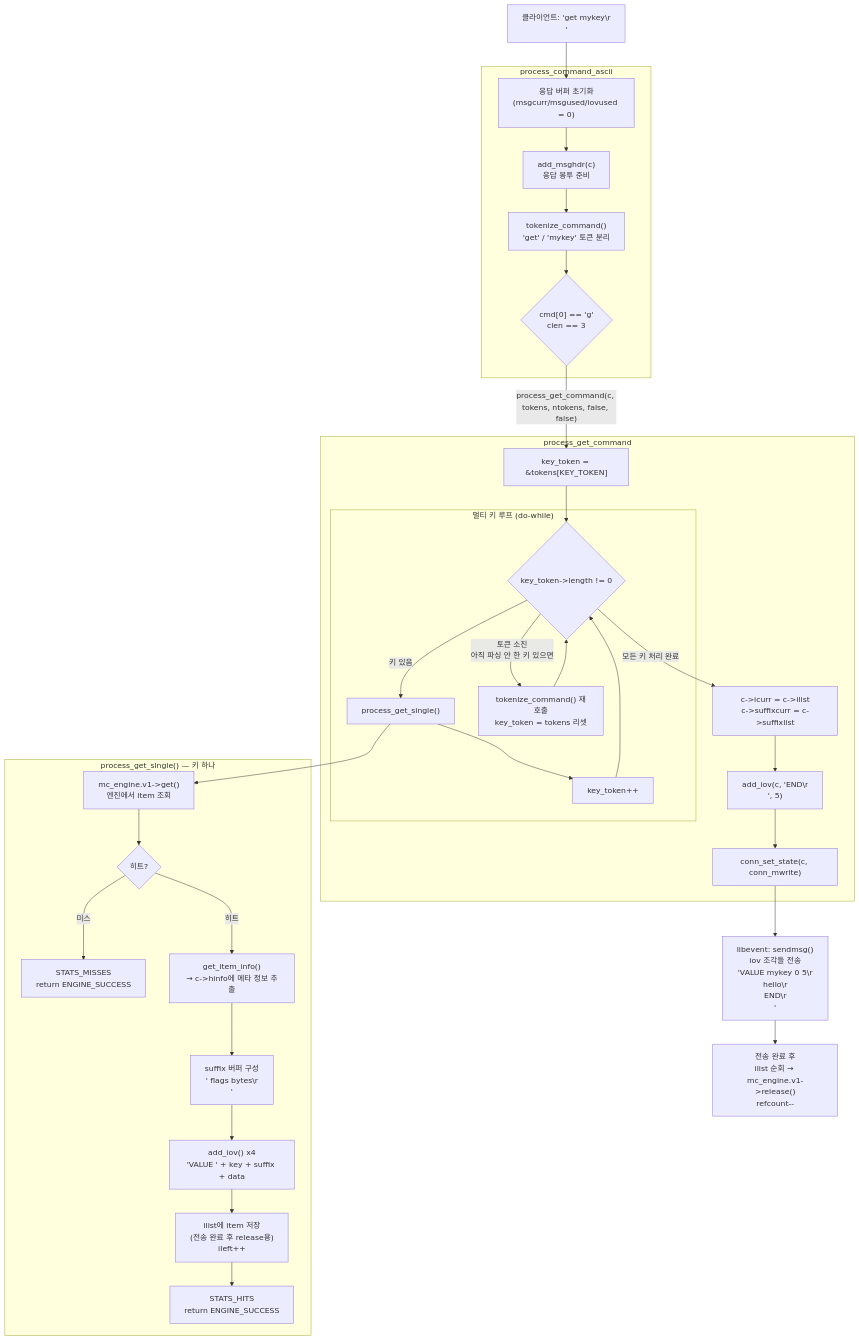
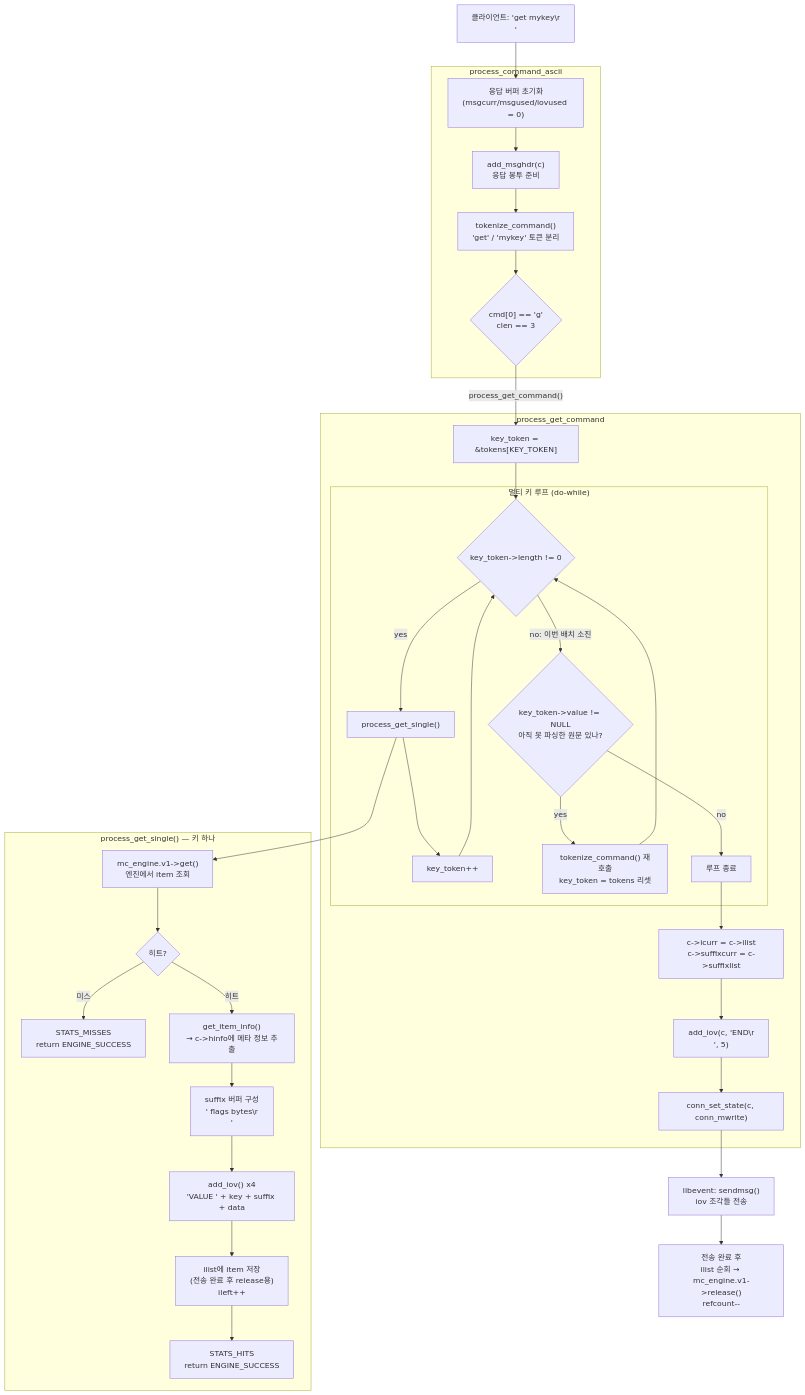
The diagram in process-get.md (zhy2on/learning-arcus-memcached), drawn with Mermaid before and after one commit.

Commit message:
docs: get 처리 과정

````diff
--- a/process-get.md
+++ b/process-get.md
@@ -1,45 +1,47 @@
 ```mermaid
 flowchart TD
     A["클라이언트: 'get mykey\r\n'"] --> B
 
     subgraph process_command_ascii
         B["응답 버퍼 초기화\n(msgcurr/msgused/iovused = 0)"]
         B --> C["add_msghdr(c)\n응답 봉투 준비"]
         C --> D["tokenize_command()\n'get' / 'mykey' 토큰 분리"]
         D --> E{"cmd[0] == 'g'\nclen == 3"}
     end
 
-    E -->|"process_get_command(c, tokens, ntokens, false, false)"| F
+    E -->|"process_get_command()"| F
 
     subgraph process_get_command
         F["key_token = &tokens[KEY_TOKEN]"]
         F --> G
 
         subgraph "멀티 키 루프 (do-while)"
             G{"key_token->length != 0"}
-            G -->|"키 있음"| H["process_get_single()"]
+            G -->|"yes"| H["process_get_single()"]
             H --> I["key_token++"]
             I --> G
-            G -->|"토큰 소진\n아직 파싱 안 한 키 있으면"| J["tokenize_command() 재호출\nkey_token = tokens 리셋"]
-            J --> G
+            G -->|"no: 이번 배치 소진"| J{"key_token->value != NULL\n아직 못 파싱한 원문 있나?"}
+            J -->|"yes"| K["tokenize_command() 재호출\nkey_token = tokens 리셋"]
+            K --> G
+            J -->|"no"| L["루프 종료"]
         end
 
-        G -->|"모든 키 처리 완료"| K["c->icurr = c->ilist\nc->suffixcurr = c->suffixlist"]
-        K --> L["add_iov(c, 'END\r\n', 5)"]
-        L --> M["conn_set_state(c, conn_mwrite)"]
+        L --> M["c->icurr = c->ilist\nc->suffixcurr = c->suffixlist"]
+        M --> N["add_iov(c, 'END\r\n', 5)"]
+        N --> O["conn_set_state(c, conn_mwrite)"]
     end
 
     subgraph process_get_single["process_get_single() — 키 하나"]
-        H --> N["mc_engine.v1->get()\n엔진에서 item 조회"]
-        N --> O{"히트?"}
-        O -->|"미스"| P["STATS_MISSES\nreturn ENGINE_SUCCESS"]
-        O -->|"히트"| Q["get_item_info()\n→ c->hinfo에 메타 정보 추출"]
-        Q --> R["suffix 버퍼 구성\n' flags bytes\r\n'"]
-        R --> S["add_iov() x4\n'VALUE ' + key + suffix + data"]
-        S --> T["ilist에 item 저장\n(전송 완료 후 release용)\nileft++"]
-        T --> U["STATS_HITS\nreturn ENGINE_SUCCESS"]
+        H --> P["mc_engine.v1->get()\n엔진에서 item 조회"]
+        P --> Q{"히트?"}
+        Q -->|"미스"| R["STATS_MISSES\nreturn ENGINE_SUCCESS"]
+        Q -->|"히트"| S["get_item_info()\n→ c->hinfo에 메타 정보 추출"]
+        S --> T["suffix 버퍼 구성\n' flags bytes\r\n'"]
+        T --> U["add_iov() x4\n'VALUE ' + key + suffix + data"]
+        U --> V["ilist에 item 저장\n(전송 완료 후 release용)\nileft++"]
+        V --> W["STATS_HITS\nreturn ENGINE_SUCCESS"]
     end
 
-    M --> V["libevent: sendmsg()\niov 조각들 전송\n'VALUE mykey 0 5\r\nhello\r\nEND\r\n'"]
-    V --> W["전송 완료 후\nilist 순회 → mc_engine.v1->release()\nrefcount--"]
+    O --> X["libevent: sendmsg()\niov 조각들 전송"]
+    X --> Y["전송 완료 후\nilist 순회 → mc_engine.v1->release()\nrefcount--"]
 ```
````
